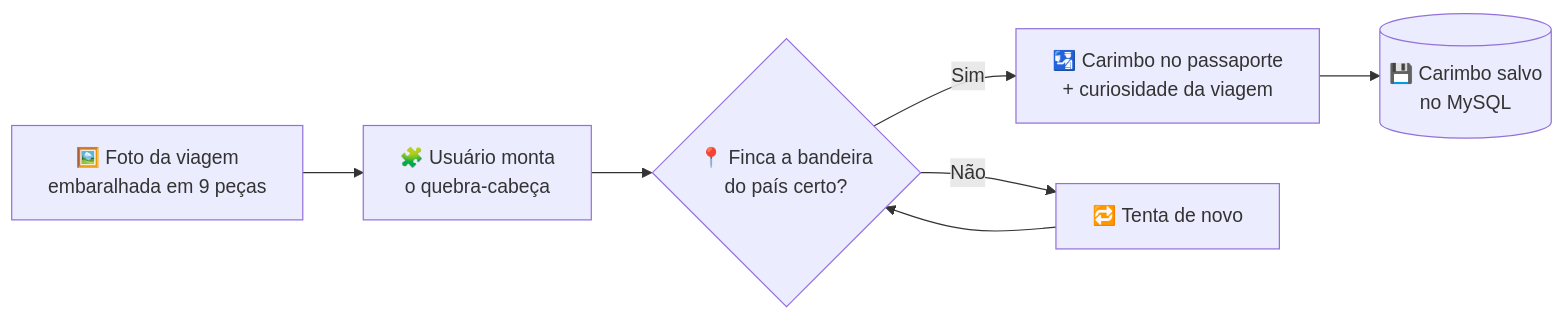
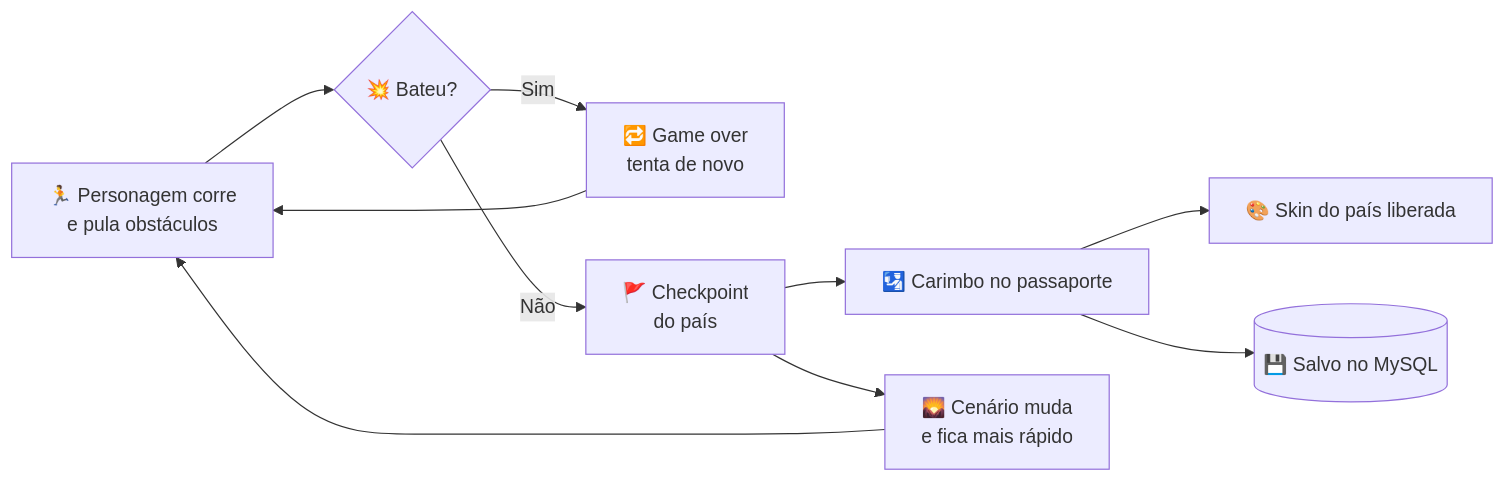
The first of 3 diagrams in README.md (FerKaGe/Passport), drawn with Mermaid before and after one commit. The commit also changed other lines of this file, not shown here.

First line of the commit message:
Revise README with game updates and new features

````diff
--- a/README.md
+++ b/README.md
@@ -78,9 +81,12 @@
 ```mermaid
 flowchart LR
-    A[🖼️ Foto da viagem<br/>embaralhada em 9 peças] --> B[🧩 Usuário monta<br/>o quebra-cabeça]
-    B --> C{📍 Finca a bandeira<br/>do país certo?}
-    C -- Sim --> D[🛂 Carimbo no passaporte<br/>+ curiosidade da viagem]
-    C -- Não --> E[🔁 Tenta de novo]
-    E --> C
-    D --> F[(💾 Carimbo salvo<br/>no MySQL)]
+    A[🏃 Personagem corre<br/>e pula obstáculos] --> B{💥 Bateu?}
+    B -- Sim --> G[🔁 Game over<br/>tenta de novo]
+    G --> A
+    B -- Não --> C[🚩 Checkpoint<br/>do país]
+    C --> D[🛂 Carimbo no passaporte]
+    D --> E[🎨 Skin do país liberada]
+    D --> F[(💾 Salvo no MySQL)]
+    C --> H[🌄 Cenário muda<br/>e fica mais rápido]
+    H --> A
 ```
````
